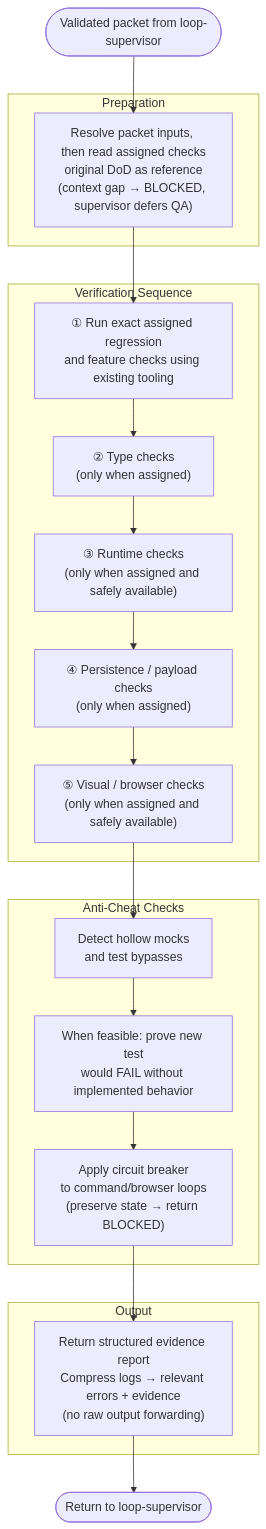
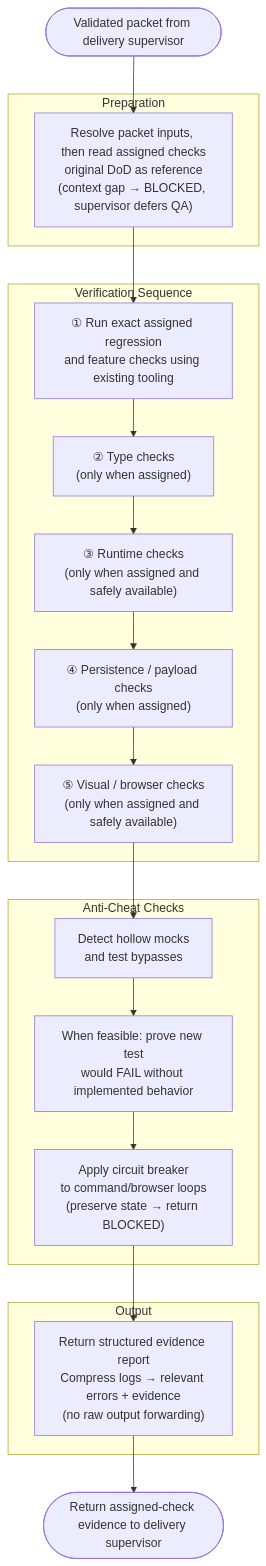
One commit to ericmaster/agent-fabric changed the diagram in docs/architecture/qa-runner.md. Above: the diagram before and after it, drawn with Mermaid. The commit also changed other lines of this file and 25 other files, not shown here.

````diff
--- a/docs/architecture/qa-runner.md
+++ b/docs/architecture/qa-runner.md
@@ -14,34 +14,34 @@
 ```mermaid
 flowchart TD
-    START([Validated packet from loop-supervisor]) --> READDOD
+    START([Validated packet from delivery supervisor]) --> READDOD
 
     subgraph "Preparation"
         READDOD["Resolve packet inputs, then read assigned checks\noriginal DoD as reference\n(context gap → BLOCKED, supervisor defers QA)"]
     end
 
     READDOD --> REGRESSION
 
     subgraph "Verification Sequence"
         REGRESSION["① Run exact assigned regression\nand feature checks using existing tooling"]
         TYPE["② Type checks\n(only when assigned)"]
         RUNTIME["③ Runtime checks\n(only when assigned and safely available)"]
         PERSIST["④ Persistence / payload checks\n(only when assigned)"]
         VISUAL["⑤ Visual / browser checks\n(only when assigned and safely available)"]
     end
 
     REGRESSION --> TYPE --> RUNTIME --> PERSIST --> VISUAL --> ANTICHECK
 
     subgraph "Anti-Cheat Checks"
         ANTICHECK["Detect hollow mocks\nand test bypasses"]
         MUTATION["When feasible: prove new test\nwould FAIL without implemented behavior"]
         CIRCUIT["Apply circuit breaker\nto command/browser loops\n(preserve state → return BLOCKED)"]
     end
 
     ANTICHECK --> MUTATION --> CIRCUIT --> REPORT
 
     subgraph "Output"
         REPORT["Return structured evidence report\nCompress logs → relevant errors + evidence\n(no raw output forwarding)"]
     end
 
-    REPORT --> DONE([Return to loop-supervisor])
+    REPORT --> DONE([Return assigned-check evidence to delivery supervisor])
 ```
````
